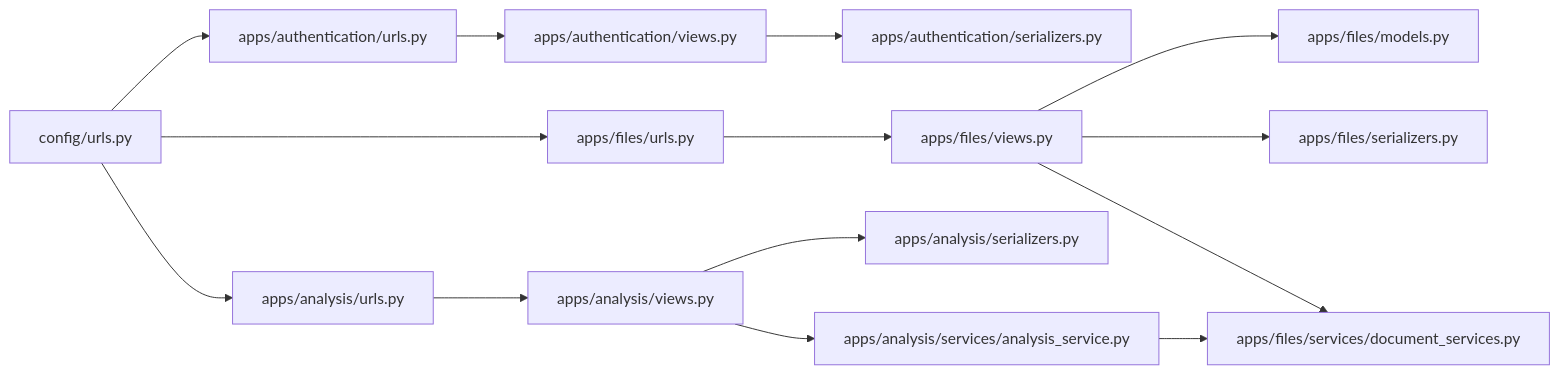
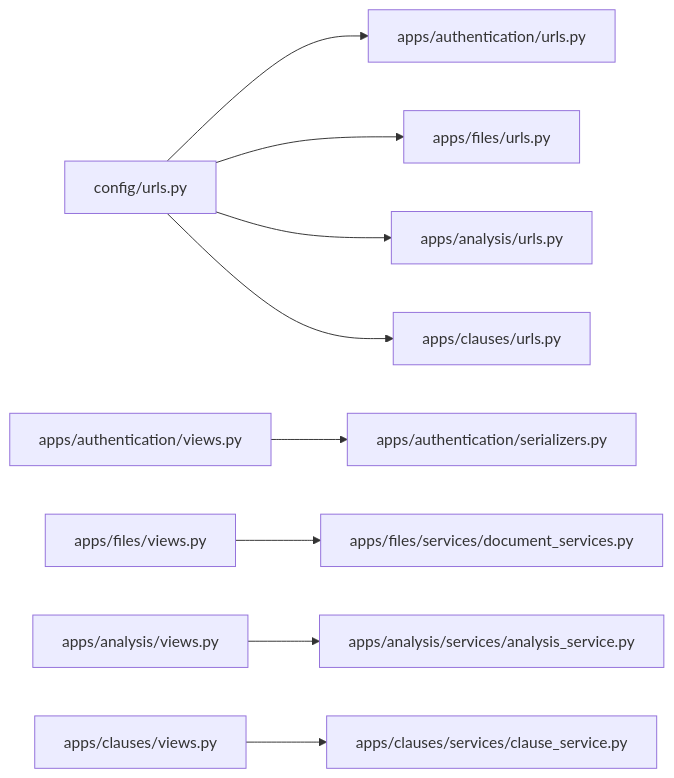
One commit to HamzaHindo/veritasshield changed the seventh of 8 diagrams in backend/.qoder/repowiki/en/content/API Reference/API Reference.md. Above: the diagram before and after it, drawn with Mermaid. The commit also changed other lines of this file and 49 other files, not shown here.

````diff
--- a/backend/.qoder/repowiki/en/content/API Reference/API Reference.md
+++ b/backend/.qoder/repowiki/en/content/API Reference/API Reference.md
@@ -562,16 +357,11 @@
 ```mermaid
 graph LR
 U["config/urls.py"] --> AU["apps/authentication/urls.py"]
 U --> FU["apps/files/urls.py"]
-U --> AU2["apps/analysis/urls.py"]
-AU --> AV["apps/authentication/views.py"]
-AV --> AS["apps/authentication/serializers.py"]
-FU --> FV["apps/files/views.py"]
-FV --> FM["apps/files/models.py"]
-FV --> FS["apps/files/serializers.py"]
-FV --> FD["apps/files/services/document_services.py"]
-AU2 --> AV2["apps/analysis/views.py"]
-AV2 --> AS2["apps/analysis/serializers.py"]
-AV2 --> AF["apps/analysis/services/analysis_service.py"]
-AF --> FD
+U --> AUZ["apps/analysis/urls.py"]
+U --> CU["apps/clauses/urls.py"]
+AV["apps/authentication/views.py"] --> AS["apps/authentication/serializers.py"]
+FV["apps/files/views.py"] --> FS["apps/files/services/document_services.py"]
+AF["apps/analysis/views.py"] --> AFs["apps/analysis/services/analysis_service.py"]
+CF["apps/clauses/views.py"] --> CS["apps/clauses/services/clause_service.py"]
 ```
````
